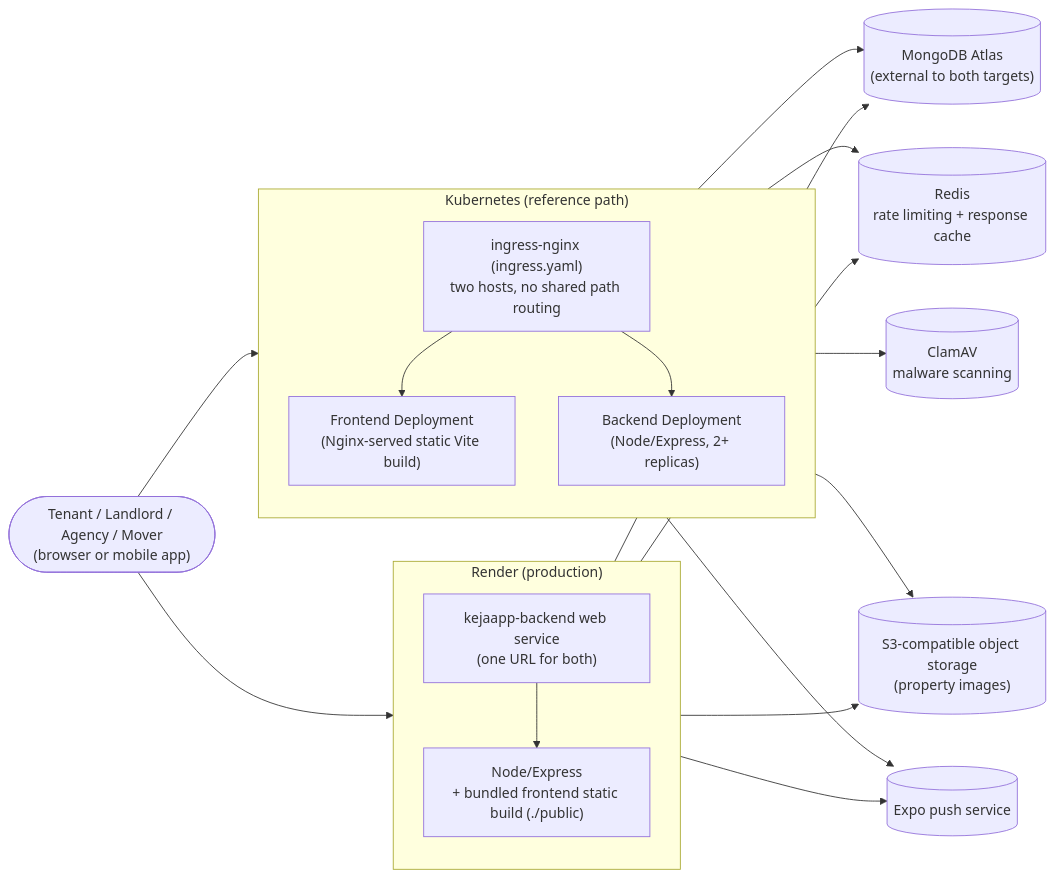
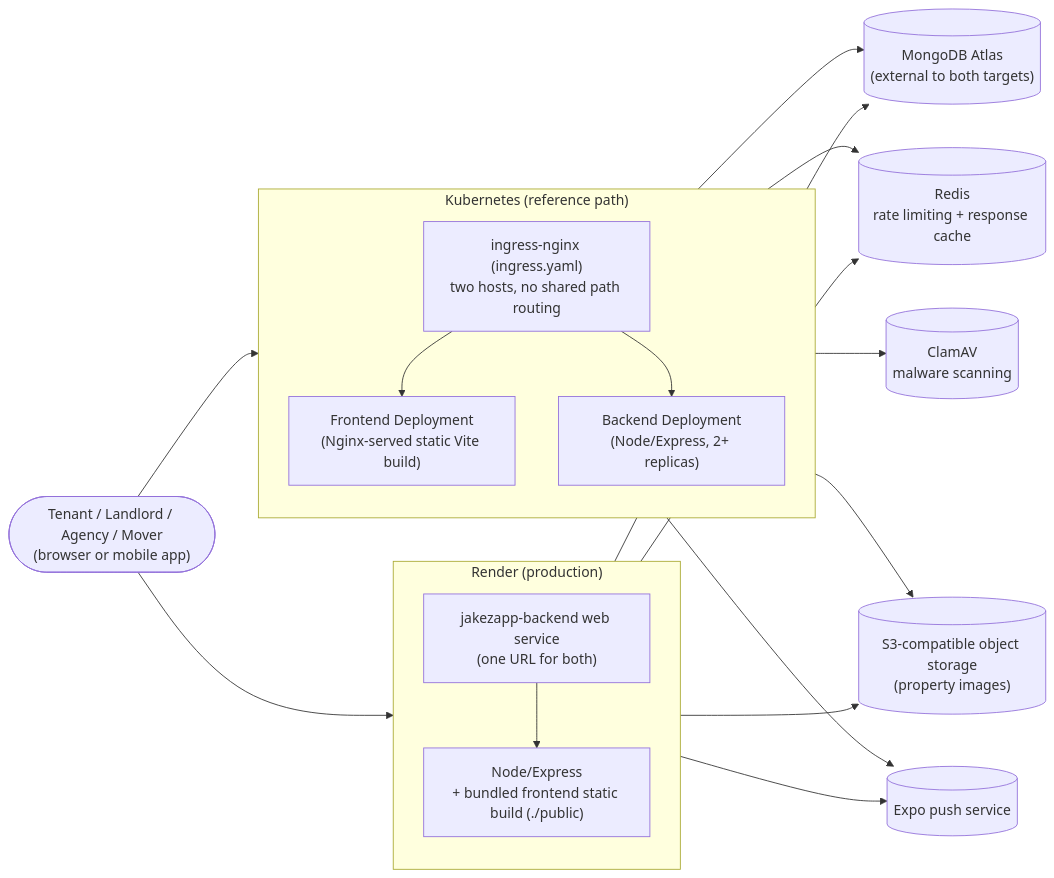
One commit to Abdurleone/kejaapp changed the diagram in docs/dev/devops.md. Above: the diagram before and after it, drawn with Mermaid. The commit also changed other lines of this file and 136 other files, not shown here.

````diff
--- a/docs/dev/devops.md
+++ b/docs/dev/devops.md
@@ -175,38 +175,38 @@
 ```mermaid
 flowchart LR
     User(["Tenant / Landlord / Agency / Mover<br/>(browser or mobile app)"])
 
     subgraph RenderTarget["Render (production)"]
         direction TB
-        RenderEdge["kejaapp-backend web service<br/>(one URL for both)"]
+        RenderEdge["jakezapp-backend web service<br/>(one URL for both)"]
         RenderApp["Node/Express<br/>+ bundled frontend static build (./public)"]
         RenderEdge --> RenderApp
     end
 
     subgraph K8sTarget["Kubernetes (reference path)"]
         direction TB
         K8sEdge["ingress-nginx (ingress.yaml)<br/>two hosts, no shared path routing"]
         K8sFrontend["Frontend Deployment<br/>(Nginx-served static Vite build)"]
         K8sBackend["Backend Deployment<br/>(Node/Express, 2+ replicas)"]
         K8sEdge --> K8sFrontend
         K8sEdge --> K8sBackend
     end
 
     Mongo[("MongoDB Atlas<br/>(external to both targets)")]
     Redis[("Redis<br/>rate limiting + response cache")]
     ClamAV[("ClamAV<br/>malware scanning")]
     Storage[("S3-compatible object storage<br/>(property images)")]
     Expo[("Expo push service")]
 
     User --> RenderTarget
     User --> K8sTarget
     RenderApp --> Mongo
     RenderApp --> Redis
     RenderApp --> Storage
     RenderApp --> Expo
     K8sBackend --> Mongo
     K8sBackend --> Redis
     K8sBackend --> ClamAV
     K8sBackend --> Storage
     K8sBackend --> Expo
 ```
````
